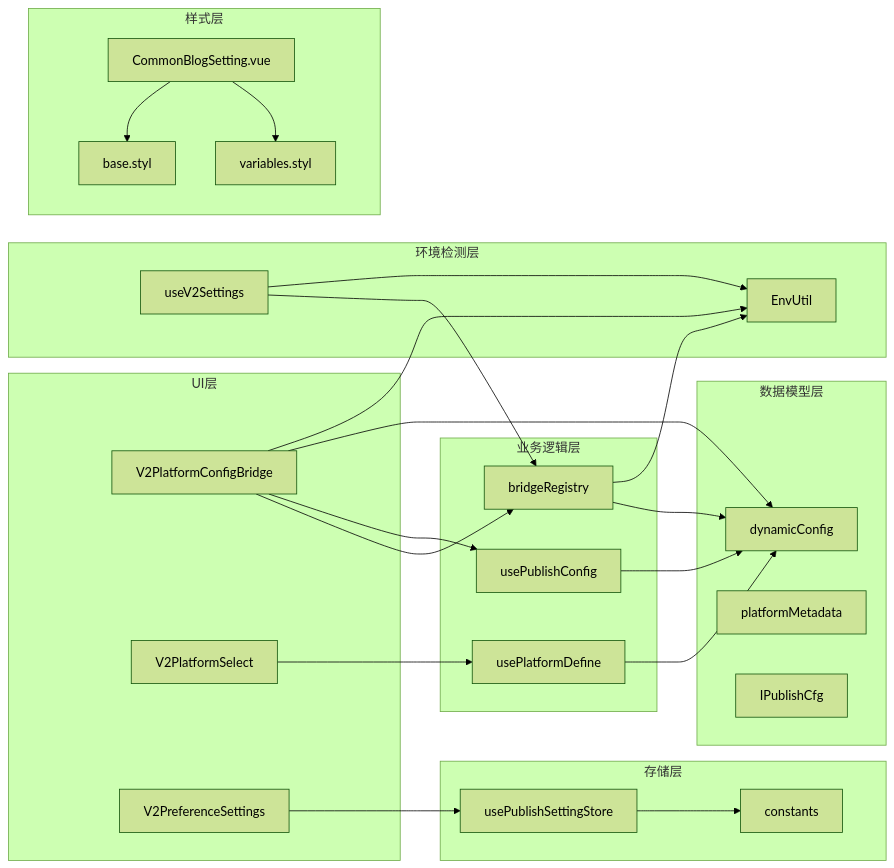
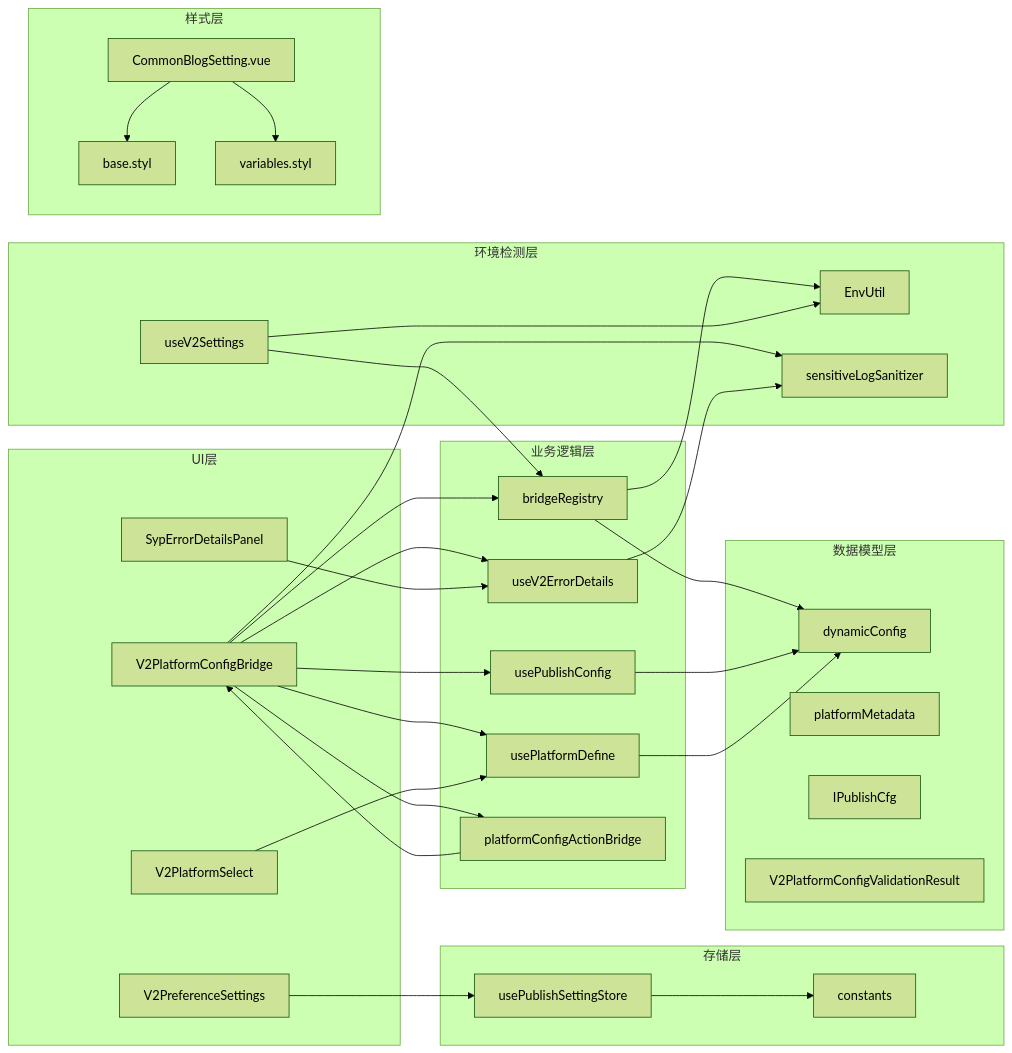
One commit to terwer/siyuan-plugin-publisher changed the seventh of 8 diagrams in .qoder/repowiki/zh/content/V2 平台配置桥组件.md. Above: the diagram before and after it, drawn with Mermaid (forest theme). The commit also changed other lines of this file and 15 other files, not shown here.

````diff
--- a/.qoder/repowiki/zh/content/V2 平台配置桥组件.md
+++ b/.qoder/repowiki/zh/content/V2 平台配置桥组件.md
@@ -460,46 +654,56 @@
 ```mermaid
 graph LR
 subgraph "UI层"
 A[V2PlatformConfigBridge]
 B[V2PlatformSelect]
 C[V2PreferenceSettings]
+D[SypErrorDetailsPanel]
 end
 subgraph "业务逻辑层"
-D[bridgeRegistry]
-E[usePublishConfig]
-F[usePlatformDefine]
+E[bridgeRegistry]
+F[usePublishConfig]
+G[usePlatformDefine]
+H[useV2ErrorDetails]
+I[platformConfigActionBridge]
 end
 subgraph "数据模型层"
-G[dynamicConfig]
-H[platformMetadata]
-I[IPublishCfg]
+J[dynamicConfig]
+K[platformMetadata]
+L[IPublishCfg]
+M[V2PlatformConfigValidationResult]
 end
 subgraph "存储层"
-J[usePublishSettingStore]
-K[constants]
+N[usePublishSettingStore]
+O[constants]
 end
 subgraph "环境检测层"
-L[EnvUtil]
-M[useV2Settings]
+P[EnvUtil]
+Q[useV2Settings]
+R[sensitiveLogSanitizer]
 end
 subgraph "样式层"
-N[base.styl]
-O[variables.styl]
-P[CommonBlogSetting.vue]
+S[base.styl]
+T[variables.styl]
+U[CommonBlogSetting.vue]
 end
-A --> D
 A --> E
+A --> F
 A --> G
-A --> L
-B --> F
-C --> J
-D --> G
-D --> L
-E --> G
-F --> G
-J --> K
-M --> D
-M --> L
-P --> N
-P --> O
+A --> H
+A --> I
+A --> R
+B --> G
+C --> N
+D --> H
+E --> J
+E --> P
+F --> J
+G --> J
+H --> R
+I --> A
+N --> O
+Q --> E
+Q --> P
+U --> S
+U --> T
 ```
````
